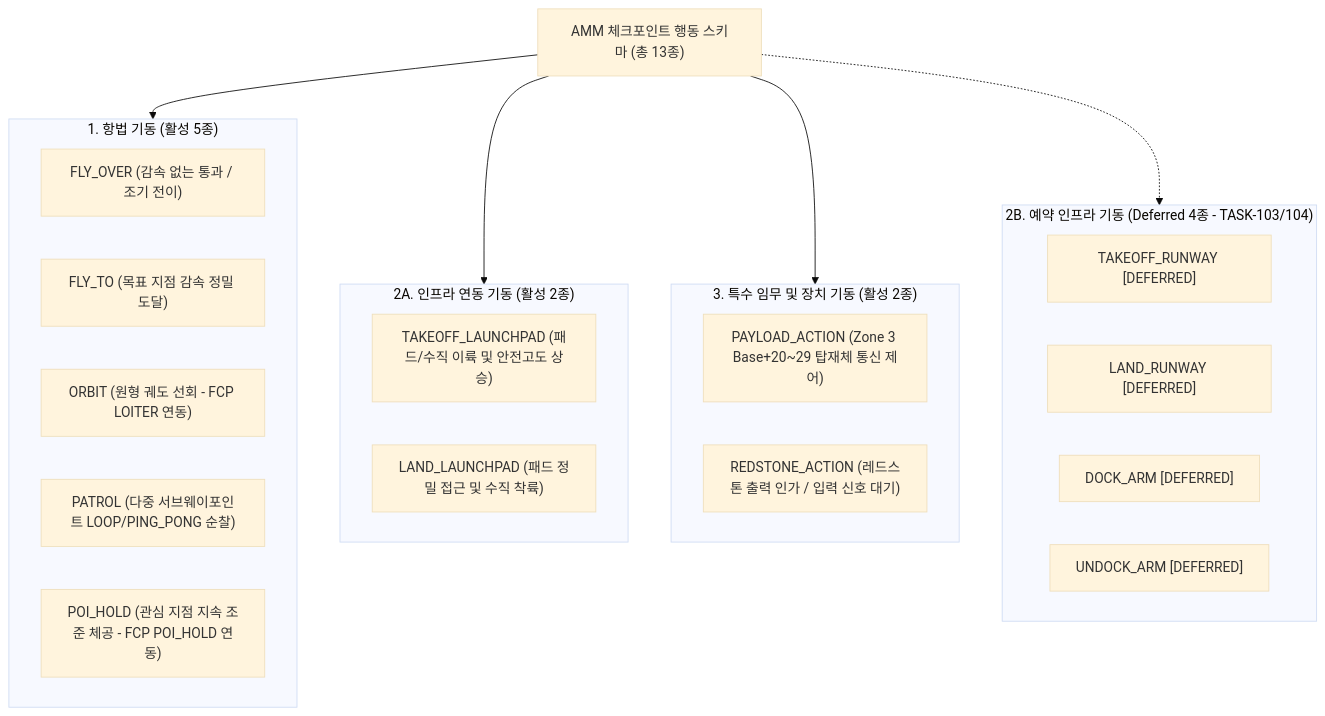
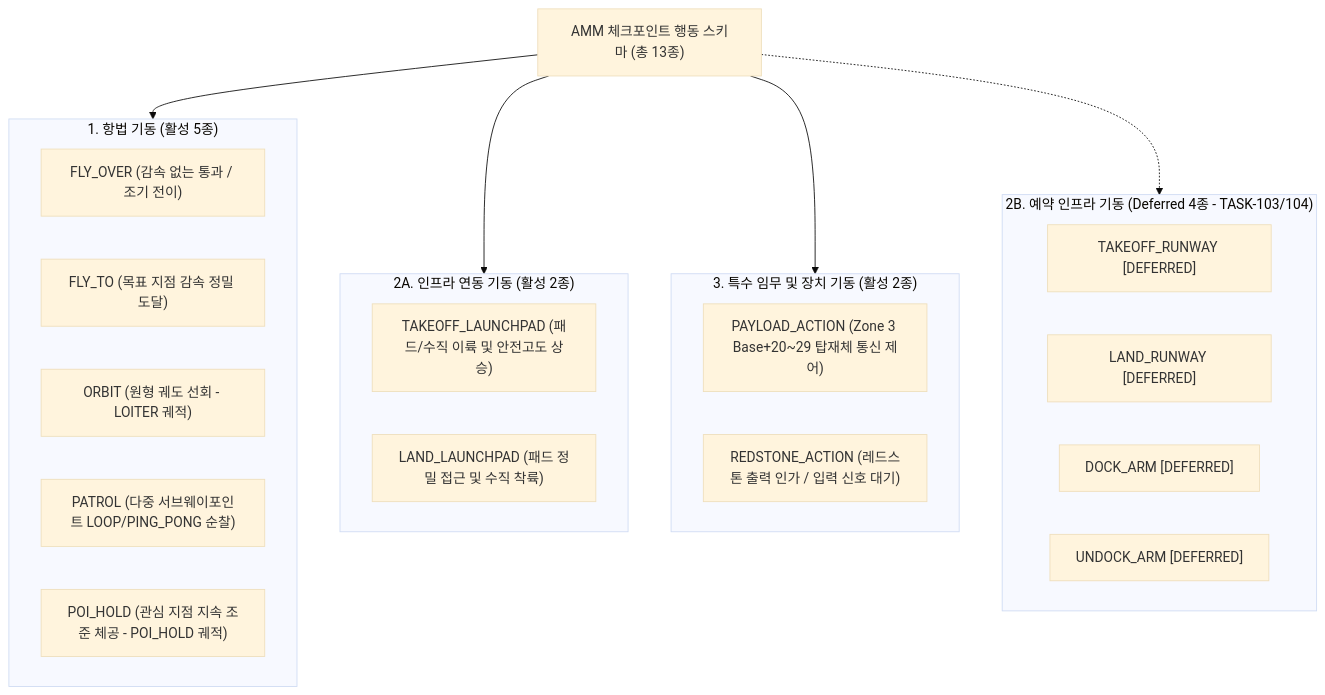
Before and after one commit to Polimachi/Aeroneutics_Autopilot: the second of 4 diagrams in docs/specs/3_planning/amm/AMM_PROGRAM_SPECIFICATION.md, drawn with Mermaid (base theme). The commit also changed other lines of this file and 18 other files, not shown here.

````diff
--- a/docs/specs/3_planning/amm/AMM_PROGRAM_SPECIFICATION.md
+++ b/docs/specs/3_planning/amm/AMM_PROGRAM_SPECIFICATION.md
@@ -356,34 +531,34 @@
 ```mermaid
 flowchart TD
     Actions["AMM 체크포인트 행동 스키마 (총 13종)"]
     
     subgraph NAV["1. 항법 기동 (활성 5종)"]
         A1["FLY_OVER (감속 없는 통과 / 조기 전이)"]
         A2["FLY_TO (목표 지점 감속 정밀 도달)"]
-        A3["ORBIT (원형 궤도 선회 - FCP LOITER 연동)"]
+        A3["ORBIT (원형 궤도 선회 - LOITER 궤적)"]
         A4["PATROL (다중 서브웨이포인트 LOOP/PING_PONG 순찰)"]
-        A5["POI_HOLD (관심 지점 지속 조준 체공 - FCP POI_HOLD 연동)"]
+        A5["POI_HOLD (관심 지점 지속 조준 체공 - POI_HOLD 궤적)"]
     end
 
     subgraph INFRA_ACT["2A. 인프라 연동 기동 (활성 2종)"]
         B1["TAKEOFF_LAUNCHPAD (패드/수직 이륙 및 안전고도 상승)"]
         B3["LAND_LAUNCHPAD (패드 정밀 접근 및 수직 착륙)"]
     end
 
     subgraph SPECIAL["3. 특수 임무 및 장치 기동 (활성 2종)"]
         C1["PAYLOAD_ACTION (Zone 3 Base+20~29 탑재체 통신 제어)"]
         C2["REDSTONE_ACTION (레드스톤 출력 인가 / 입력 신호 대기)"]
     end
 
     subgraph INFRA_DEF["2B. 예약 인프라 기동 (Deferred 4종 - TASK-103/104)"]
         B2["TAKEOFF_RUNWAY [DEFERRED]"]
         B4["LAND_RUNWAY [DEFERRED]"]
         B5["DOCK_ARM [DEFERRED]"]
         B6["UNDOCK_ARM [DEFERRED]"]
     end
 
     Actions --> NAV
     Actions --> INFRA_ACT
     Actions --> SPECIAL
     Actions -.-> INFRA_DEF
 ```
````
